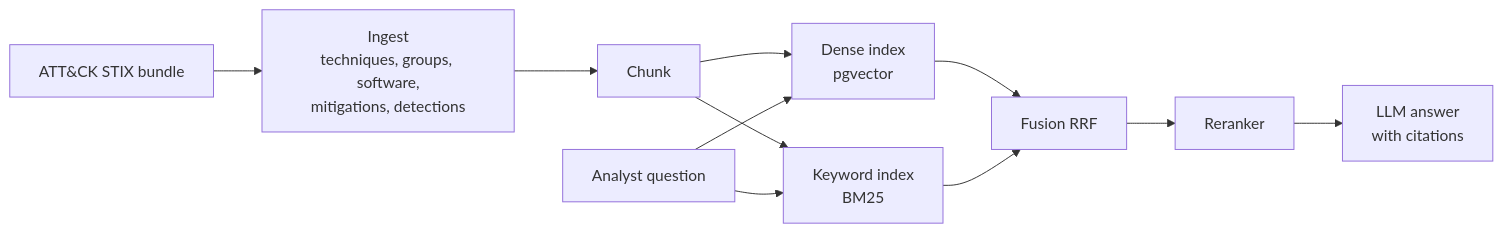
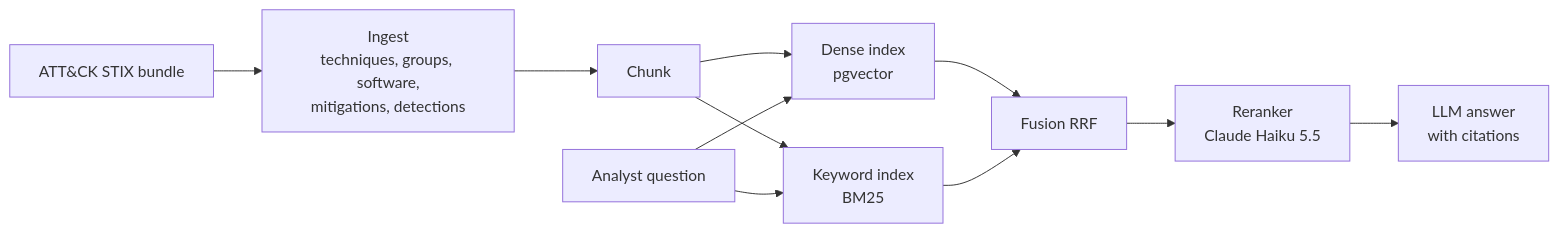
The diagram in README.md (Yasine-Khamassi/attack-rag), drawn with Mermaid before and after one commit. The commit also changed other lines of this file and 10 other files, not shown here.

````diff
--- a/README.md
+++ b/README.md
@@ -19,9 +28,9 @@
 ```mermaid
 flowchart LR
     A[ATT&CK STIX bundle] --> B[Ingest<br/>techniques, groups, software,<br/>mitigations, detections]
     B --> C[Chunk]
     C --> D[Dense index<br/>pgvector]
     C --> E[Keyword index<br/>BM25]
     Q[Analyst question] --> D & E
-    D & E --> F[Fusion RRF] --> G[Reranker] --> H[LLM answer<br/>with citations]
+    D & E --> F[Fusion RRF] --> G[Reranker<br/>Claude Haiku 5.5] --> H[LLM answer<br/>with citations]
 ```
````
